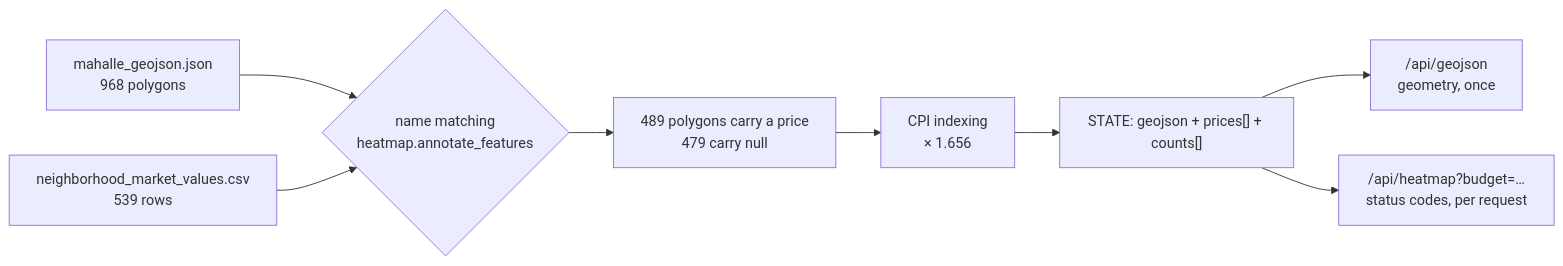
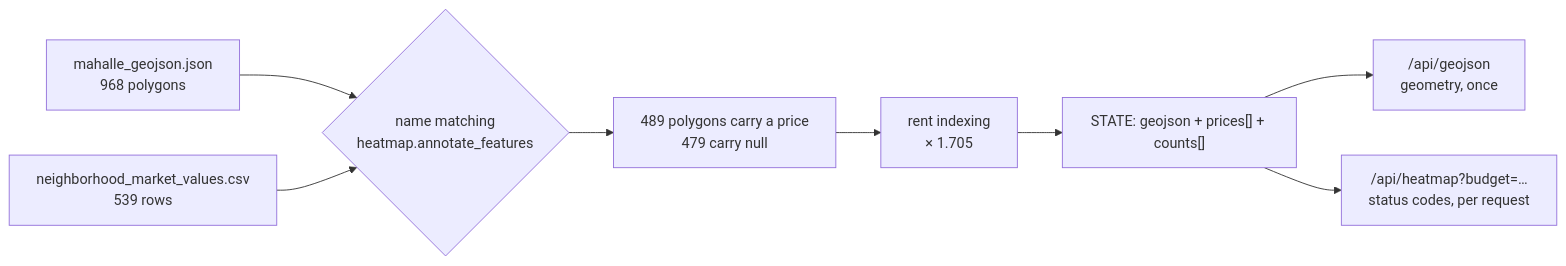
The first of 3 diagrams in docs/ALGORITHMS.md (bariskiratt/istanbul-roommate-platform), drawn with Mermaid before and after one commit. The commit also changed other lines of this file and 14 other files, not shown here.

````diff
--- a/docs/ALGORITHMS.md
+++ b/docs/ALGORITHMS.md
@@ -45,10 +45,10 @@
 ```mermaid
 flowchart LR
   A["mahalle_geojson.json<br/>968 polygons"] --> C{"name matching<br/>heatmap.annotate_features"}
   B["neighborhood_market_values.csv<br/>539 rows"] --> C
   C --> D["489 polygons carry a price<br/>479 carry null"]
-  D --> E["CPI indexing<br/>× 1.656"]
+  D --> E["rent indexing<br/>× 1.705"]
   E --> F["STATE: geojson + prices[] + counts[]"]
   F --> G["/api/geojson<br/>geometry, once"]
   F --> H["/api/heatmap?budget=…<br/>status codes, per request"]
 ```
````
